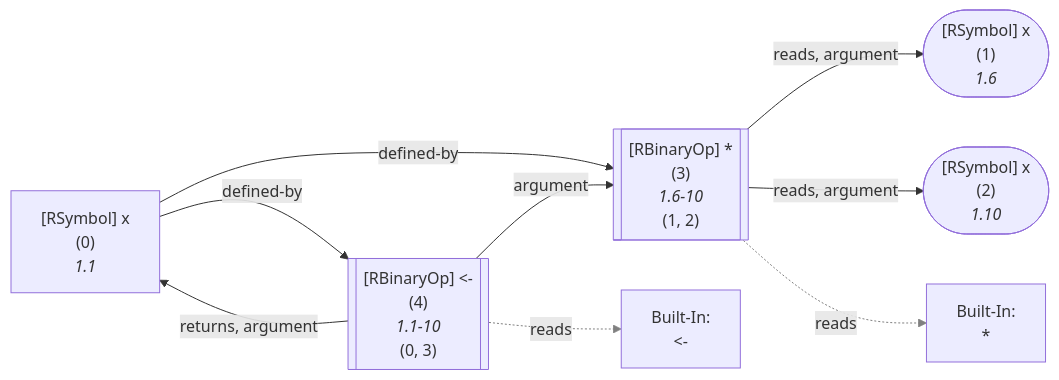
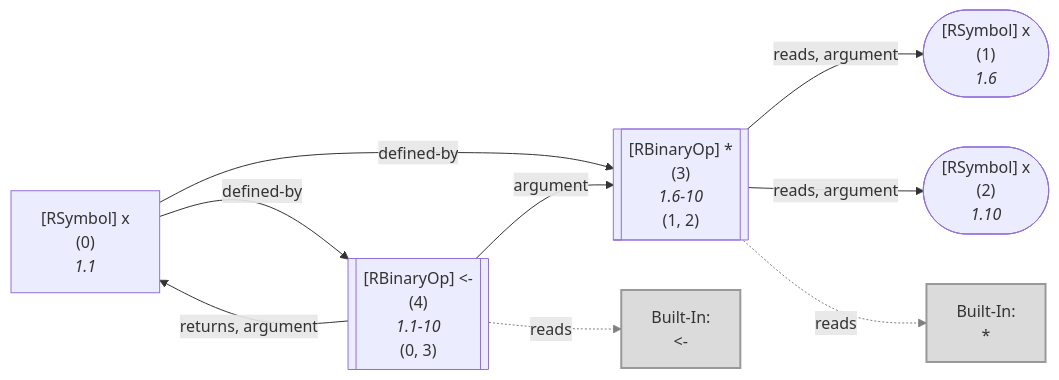
Before and after one commit to flowr-analysis/flowr: the second of 4 diagrams in wiki/Search API.md, drawn with Mermaid. The commit also changed other lines of this file and 6 other files, not shown here.

Commit message:
[skip ci] doc: update generated wiki pages (wiki/Capabilities,wiki/Dataflow Graph,wiki/Query API,wiki/Search API,wiki/Interface,wiki/Core,README)

````diff
--- a/wiki/Search API.md
+++ b/wiki/Search API.md
@@ -72,34 +72,36 @@
 ```mermaid
 flowchart LR
     1(["`#91;RSymbol#93; x
       (1)
       *1.6*`"])
     2(["`#91;RSymbol#93; x
       (2)
       *1.10*`"])
     3[["`#91;RBinaryOp#93; #42;
       (3)
       *1.6-10*
     (1, 2)`"]]
     built-in:_["`Built-In:
 #42;`"]
+    style built-in:_ stroke:gray,fill:lightgray,stroke-width:2px,opacity:.8;
     0["`#91;RSymbol#93; x
       (0)
       *1.1*`"]
     4[["`#91;RBinaryOp#93; #60;#45;
       (4)
       *1.1-10*
     (0, 3)`"]]
     built-in:_-["`Built-In:
 #60;#45;`"]
+    style built-in:_- stroke:gray,fill:lightgray,stroke-width:2px,opacity:.8;
     3 -->|"reads, argument"| 1
     3 -->|"reads, argument"| 2
     3 -.->|"reads"| built-in:_
     linkStyle 2 stroke:gray;
     0 -->|"defined-by"| 3
     0 -->|"defined-by"| 4
     4 -->|"argument"| 3
     4 -->|"returns, argument"| 0
     4 -.->|"reads"| built-in:_-
     linkStyle 7 stroke:gray;
 ```
````
